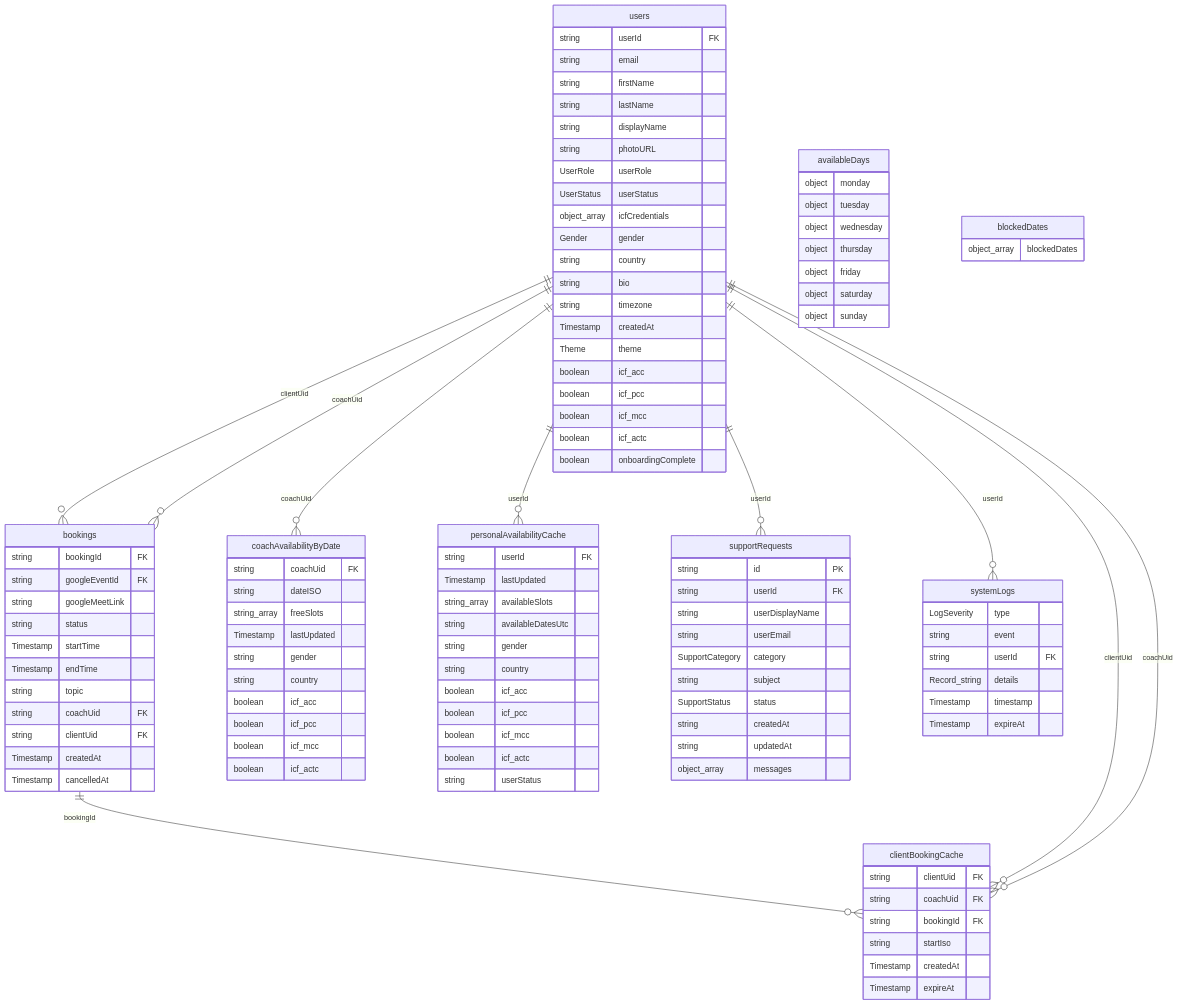
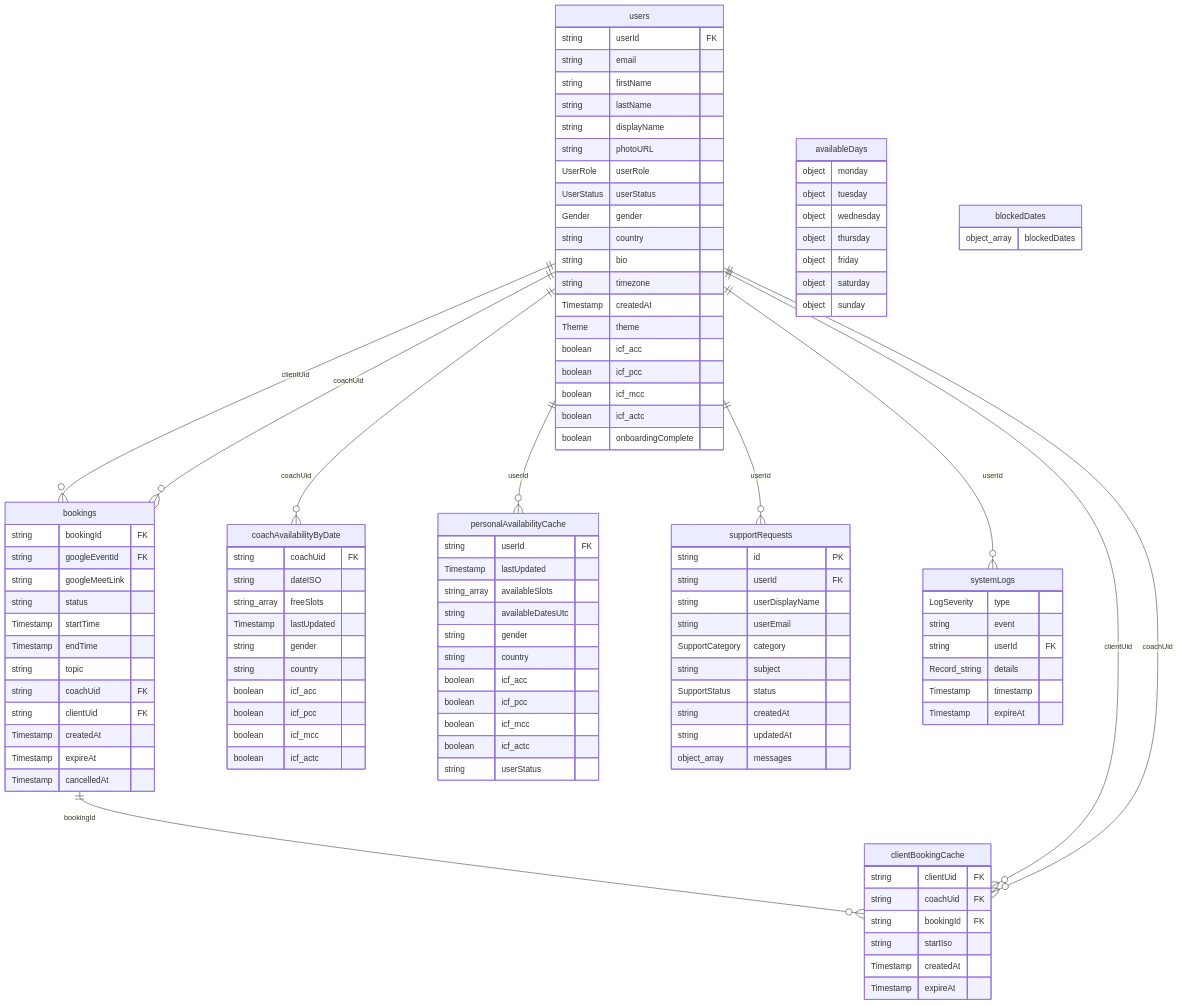
One commit to premkumar-masilamani/peer-coaching-network changed the diagram in docs/schema-erd.md. Above: the diagram before and after it, drawn with Mermaid. The commit also changed other lines of this file and 18 other files, not shown here.

```diff
--- a/docs/schema-erd.md
+++ b/docs/schema-erd.md
@@ -45,6 +45,7 @@
         string coachUid FK
         string clientUid FK
         Timestamp createdAt
+        Timestamp expireAt
         Timestamp cancelledAt
     }
 
@@ -115,7 +116,6 @@
         string photoURL
         UserRole userRole
         UserStatus userStatus
-        object_array icfCredentials
         Gender gender
         string country
         string bio
```
